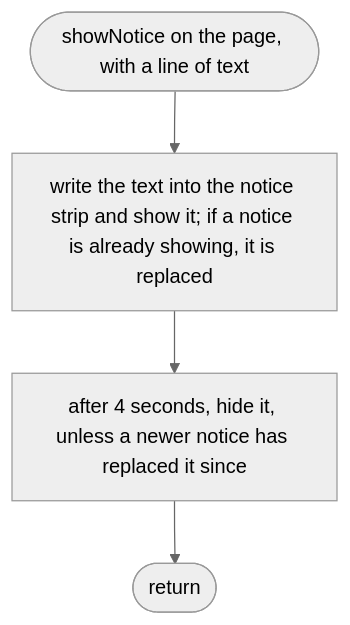
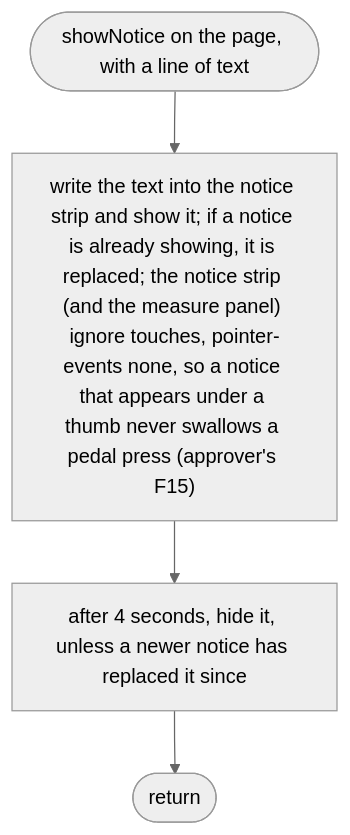
The fourth of 4 diagrams in docs/designs/src/game/failure.md (NewDara-Star/world-engine), drawn with Mermaid (neutral theme) before and after one commit. The commit also changed other lines of this file and 41 other files, not shown here.

````diff
--- a/docs/designs/src/game/failure.md
+++ b/docs/designs/src/game/failure.md
@@ -74,8 +76,8 @@
 ```mermaid
 flowchart TD
   s(["showNotice on the page, with a line of text"])
-  a["write the text into the notice strip and show it; if a notice is already showing, it is replaced"]
+  a["write the text into the notice strip and show it; if a notice is already showing, it is replaced; the notice strip (and the measure panel) ignore touches, pointer-events none, so a notice that appears under a thumb never swallows a pedal press (approver's F15)"]
   b["after 4 seconds, hide it, unless a newer notice has replaced it since"]
   c(["return"])
   s --> a --> b --> c
 ```
````
